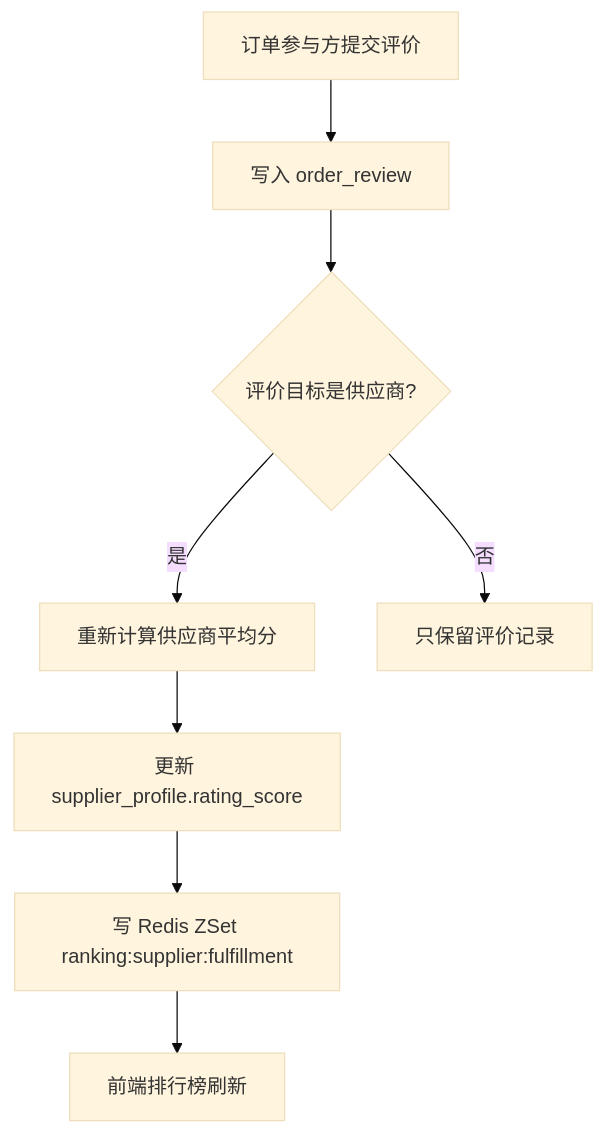
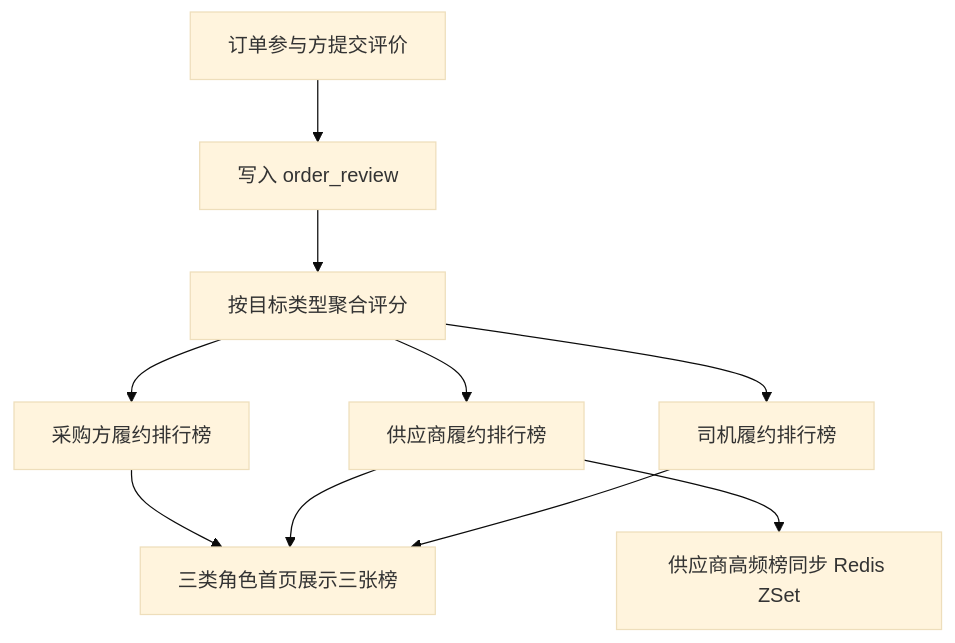
One commit to 2249619829/MaterialCoordination changed the ninth of 11 diagrams in docs/architecture.md. Above: the diagram before and after it, drawn with Mermaid (base theme). The commit also changed other lines of this file and 50 other files, not shown here.

````diff
--- a/docs/architecture.md
+++ b/docs/architecture.md
@@ -183,10 +211,12 @@
 ```mermaid
 flowchart TD
     A["订单参与方提交评价"] --> B["写入 order_review"]
-    B --> C{"评价目标是供应商?"}
-    C -- 是 --> D["重新计算供应商平均分"]
-    D --> E["更新 supplier_profile.rating_score"]
-    E --> F["写 Redis ZSet ranking:supplier:fulfillment"]
-    C -- 否 --> G["只保留评价记录"]
-    F --> H["前端排行榜刷新"]
+    B --> C["按目标类型聚合评分"]
+    C --> D["采购方履约排行榜"]
+    C --> E["供应商履约排行榜"]
+    C --> F["司机履约排行榜"]
+    E --> G["供应商高频榜同步 Redis ZSet"]
+    D --> H["三类角色首页展示三张榜"]
+    E --> H
+    F --> H
 ```
````
